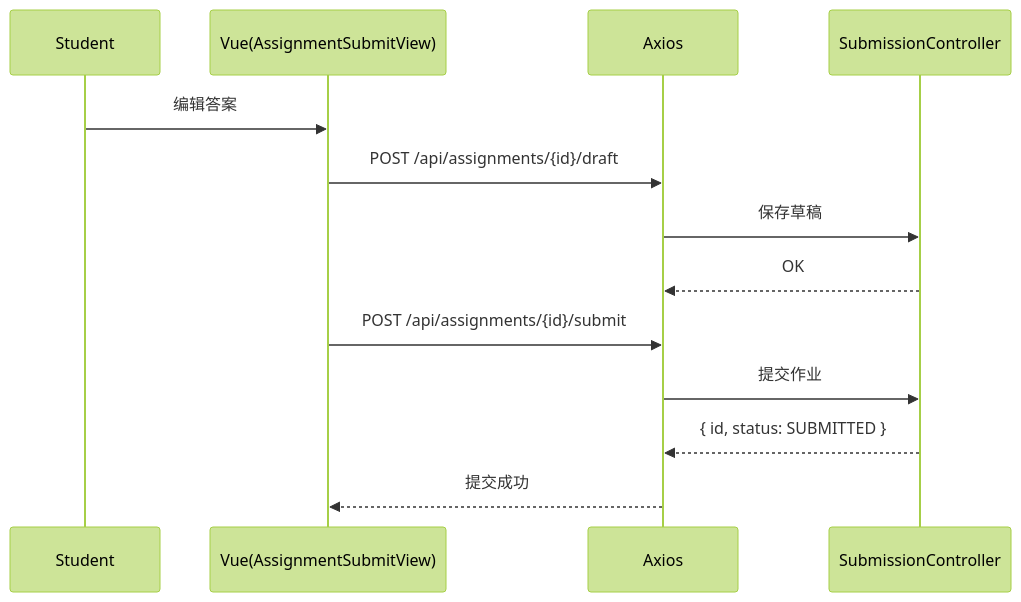
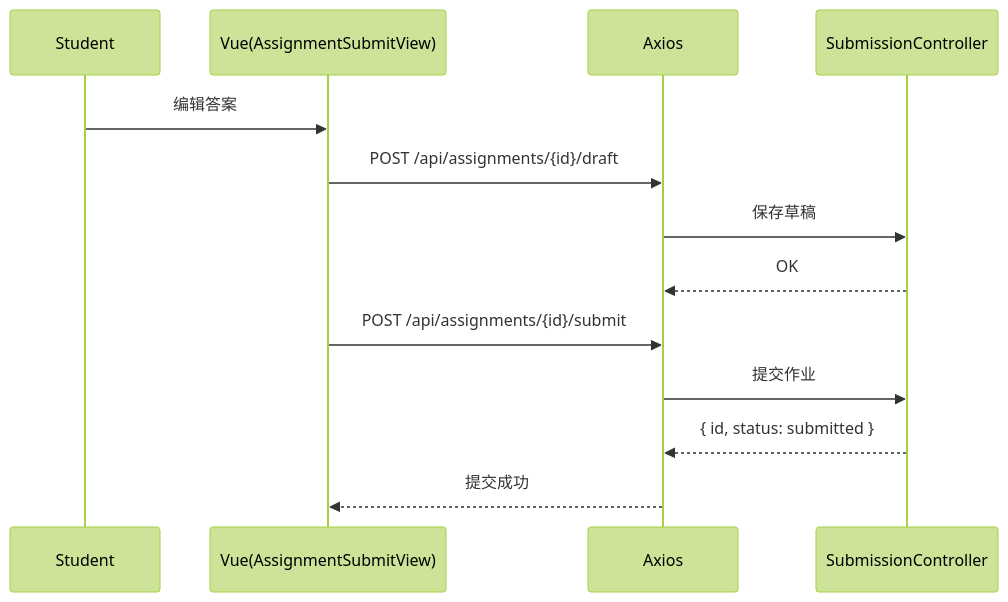
One commit to Xiaorui-Zhang537/student-core-competency-cultivation-assessment-system changed the diagram in docs/backend/api/submission.md. Above: the diagram before and after it, drawn with Mermaid (forest theme). The commit also changed other lines of this file and 24 other files, not shown here.

````diff
--- a/docs/backend/api/submission.md
+++ b/docs/backend/api/submission.md
@@ -68,15 +68,15 @@
 ```mermaid
 sequenceDiagram
   participant S as Student
   participant V as Vue(AssignmentSubmitView)
   participant A as Axios
   participant C as SubmissionController
   S->>V: 编辑答案
   V->>A: POST /api/assignments/{id}/draft
   A->>C: 保存草稿
   C-->>A: OK
   V->>A: POST /api/assignments/{id}/submit
   A->>C: 提交作业
-  C-->>A: { id, status: SUBMITTED }
+  C-->>A: { id, status: submitted }
   A-->>V: 提交成功
 ```
````
